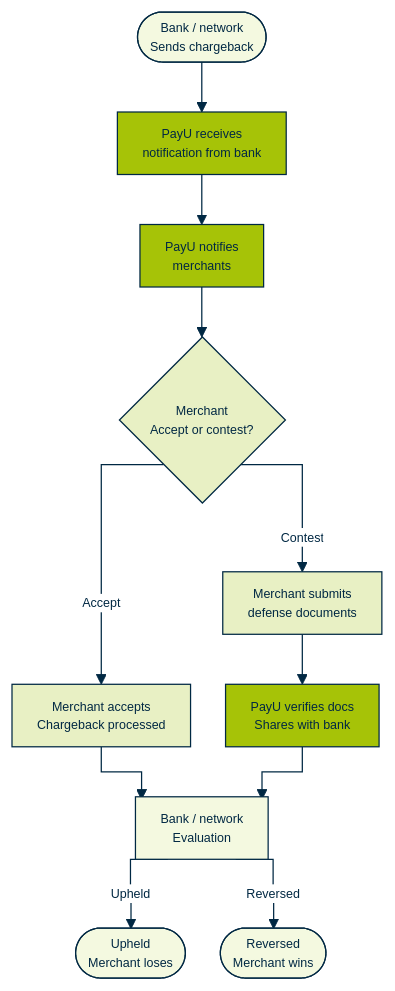
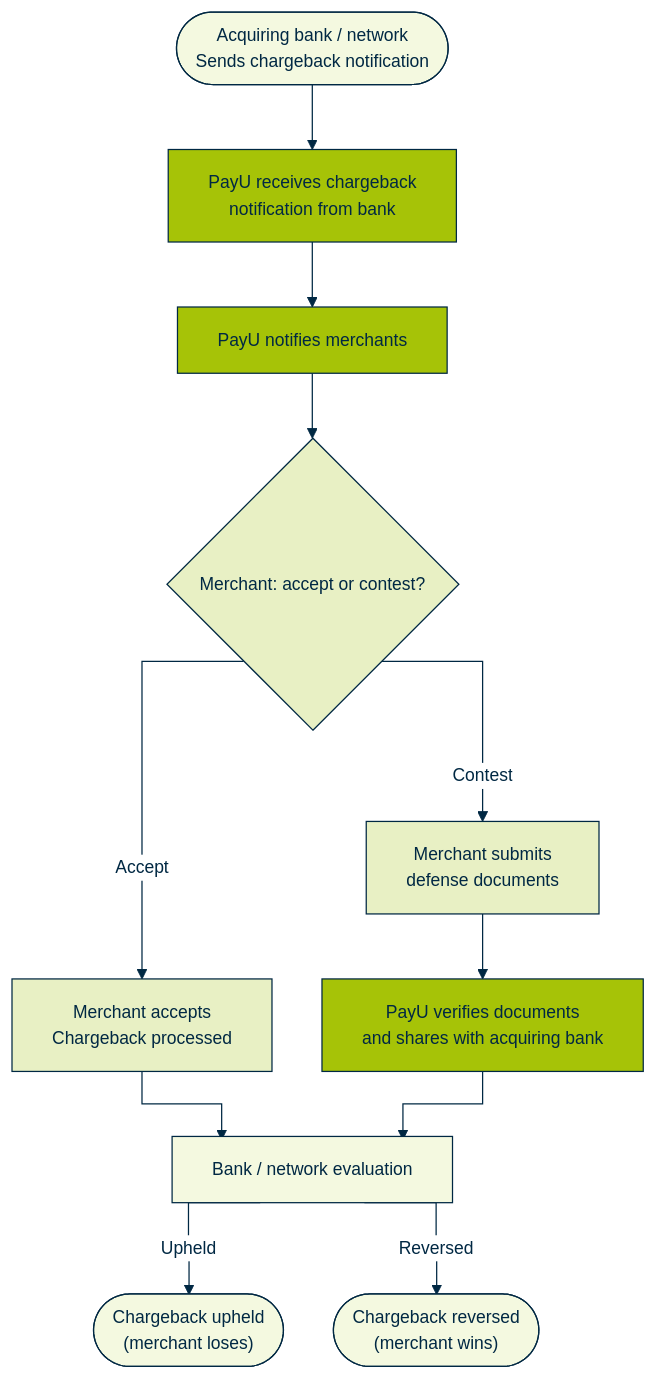
The diagram in docs/Offerings/chargeback/chargeback-process.md (payu-india/CMS-Chatbot), drawn with Mermaid before and after one commit.

Commit message:
Update doc `chargeback-process`

````diff
--- a/docs/Offerings/chargeback/chargeback-process.md
+++ b/docs/Offerings/chargeback/chargeback-process.md
@@ -10,60 +10,59 @@
 ```mermaid
 %%{init: {
   "theme": "base",
   "flowchart": {
     "curve": "stepAfter",
-    "padding": 10,
-    "nodeSpacing": 28,
-    "rankSpacing": 40,
-    "diagramPadding": 12,
+    "padding": 16,
+    "nodeSpacing": 40,
+    "rankSpacing": 52,
+    "diagramPadding": 16,
     "htmlLabels": true,
-    "useMaxWidth": true
+    "useMaxWidth": false
   },
   "themeVariables": {
     "fontFamily": "Arial, Helvetica, sans-serif",
-    "fontSize": "10px",
+    "fontSize": "14px",
     "background": "#FFFFFF",
     "primaryColor": "#A6C307",
     "primaryTextColor": "#002843",
     "primaryBorderColor": "#002843",
     "secondaryColor": "#F4F9E0",
     "secondaryTextColor": "#002843",
     "secondaryBorderColor": "#A6C307",
     "tertiaryColor": "#002843",
     "tertiaryTextColor": "#FFFFFF",
     "lineColor": "#002843",
     "textColor": "#002843",
     "mainBkg": "#A6C307",
     "clusterBkg": "#FAFCF4",
     "clusterBorder": "#D8E8A8",
     "edgeLabelBackground": "#FFFFFF"
   }
 }}%%
 flowchart TB
-    classDef bank fill:#F4F9E0,stroke:#002843,stroke-width:1px,color:#002843
-    classDef payu fill:#A6C307,stroke:#002843,stroke-width:1px,color:#002843
-    classDef merch fill:#E8F0C4,stroke:#002843,stroke-width:1px,color:#002843
+    classDef bank fill:#F4F9E0,stroke:#002843,stroke-width:1px,color:#002843,font-size:14px
+    classDef payu fill:#A6C307,stroke:#002843,stroke-width:1px,color:#002843,font-size:14px
+    classDef merch fill:#E8F0C4,stroke:#002843,stroke-width:1px,color:#002843,font-size:14px
 
-    b_send(["Bank / network<br/>Sends chargeback"]):::bank
-    p_recv["PayU receives<br/>notification from bank"]:::payu
-    p_notify["PayU notifies<br/>merchants"]:::payu
-    m_decide{"Merchant<br/>Accept or contest?"}:::merch
+    b_send(["Acquiring bank / network<br/>Sends chargeback notification"]):::bank
+    p_recv["PayU receives chargeback<br/>notification from bank"]:::payu
+    p_notify["PayU notifies merchants"]:::payu
+    m_decide{"Merchant: accept or contest?"}:::merch
     m_accept["Merchant accepts<br/>Chargeback processed"]:::merch
     m_docs["Merchant submits<br/>defense documents"]:::merch
-    p_verify["PayU verifies docs<br/>Shares with bank"]:::payu
-    b_eval["Bank / network<br/>Evaluation"]:::bank
-    b_upheld(["Upheld<br/>Merchant loses"]):::bank
-    b_rev(["Reversed<br/>Merchant wins"]):::bank
+    p_verify["PayU verifies documents<br/>and shares with acquiring bank"]:::payu
+    b_eval["Bank / network evaluation"]:::bank
+    b_upheld(["Chargeback upheld<br/>(merchant loses)"]):::bank
+    b_rev(["Chargeback reversed<br/>(merchant wins)"]):::bank
 
     b_send --> p_recv
     p_recv --> p_notify
     p_notify --> m_decide
     m_decide -->|Accept| m_accept
     m_decide -->|Contest| m_docs
     m_accept --> b_eval
     m_docs --> p_verify
     p_verify --> b_eval
     b_eval -->|Upheld| b_upheld
     b_eval -->|Reversed| b_rev
-
 ```
````
